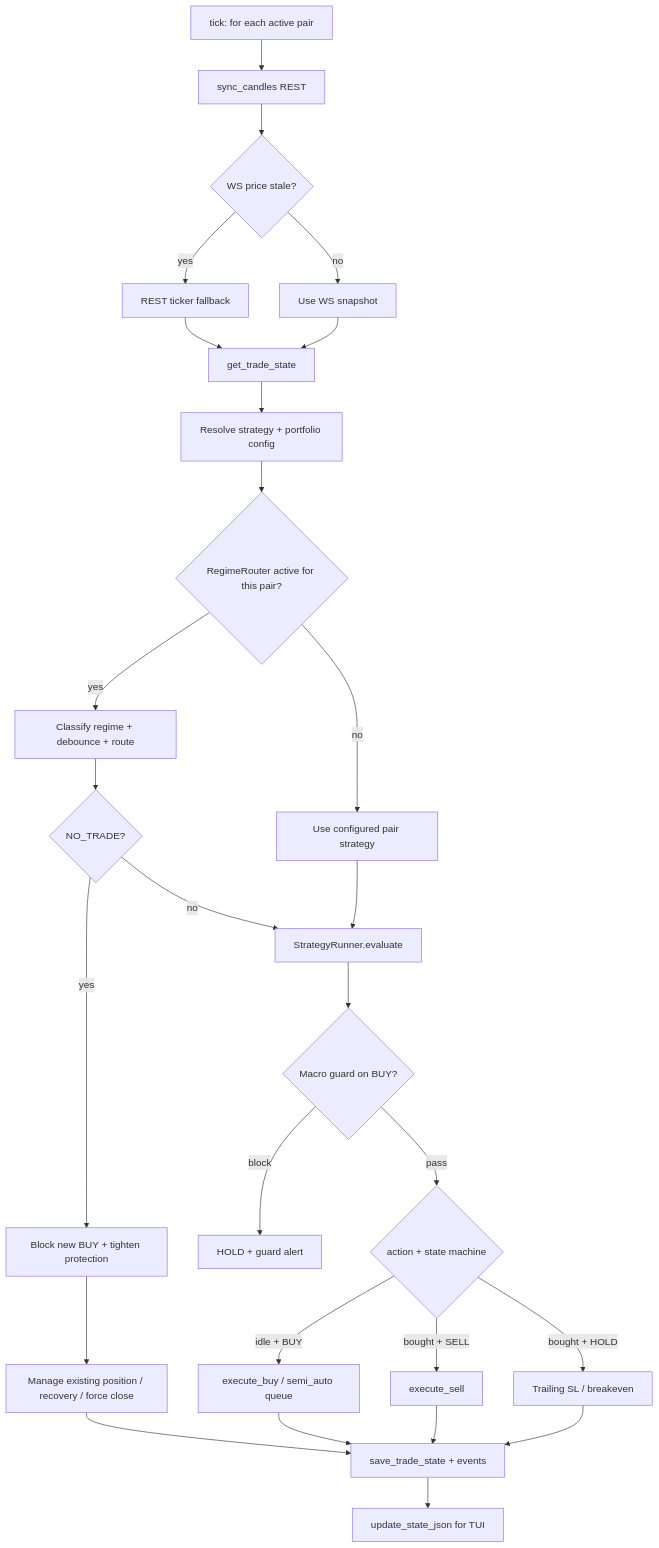
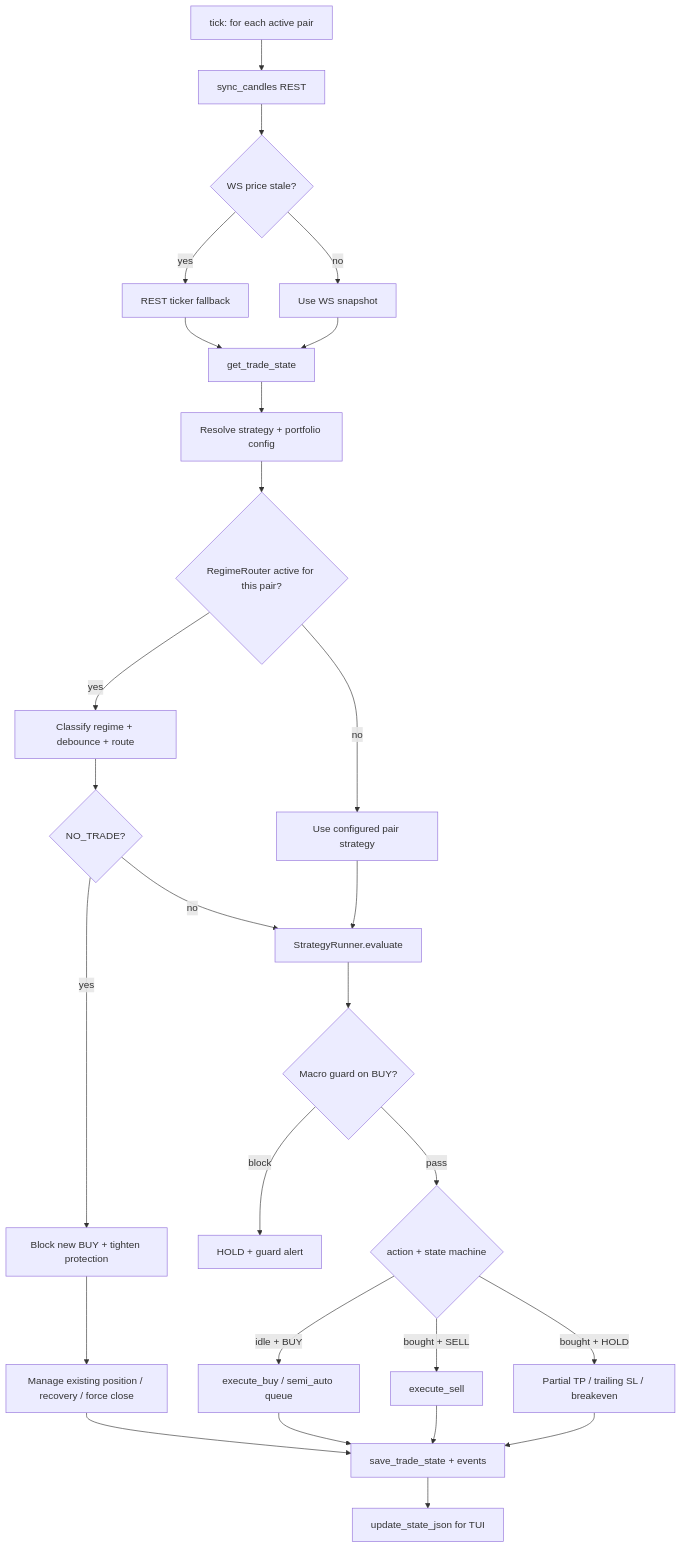
The diagram in docs/trading-flow.md (iisara555/xAuby), drawn with Mermaid before and after one commit. The commit also changed other lines of this file and 21 other files, not shown here.

````diff
--- a/docs/trading-flow.md
+++ b/docs/trading-flow.md
@@ -7,29 +7,29 @@
 ```mermaid
 flowchart TD
   A["tick: for each active pair"] --> B["sync_candles REST"]
   B --> C{"WS price stale?"}
   C -->|yes| D["REST ticker fallback"]
   C -->|no| E["Use WS snapshot"]
   D --> F["get_trade_state"]
   E --> F
   F --> G["Resolve strategy + portfolio config"]
   G --> H{"RegimeRouter active for this pair?"}
   H -->|yes| I["Classify regime + debounce + route"]
   H -->|no| J["Use configured pair strategy"]
   I --> K{"NO_TRADE?"}
   K -->|yes| L["Block new BUY + tighten protection"]
   K -->|no| M["StrategyRunner.evaluate"]
   J --> M
   L --> N["Manage existing position / recovery / force close"]
   M --> O{"Macro guard on BUY?"}
   O -->|block| P["HOLD + guard alert"]
   O -->|pass| Q{"action + state machine"}
   Q -->|idle + BUY| R["execute_buy / semi_auto queue"]
   Q -->|bought + SELL| S["execute_sell"]
-  Q -->|bought + HOLD| T["Trailing SL / breakeven"]
+  Q -->|bought + HOLD| T["Partial TP / trailing SL / breakeven"]
   R --> U["save_trade_state + events"]
   S --> U
   T --> U
   N --> U
   U --> V["update_state_json for TUI"]
 ```
````
